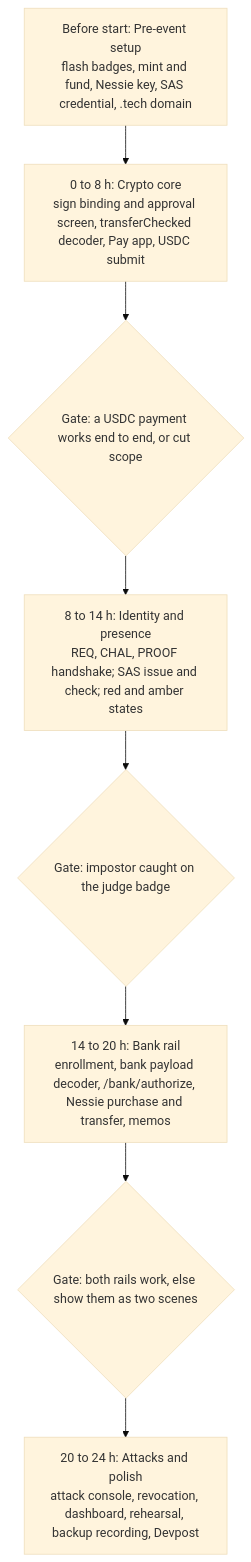
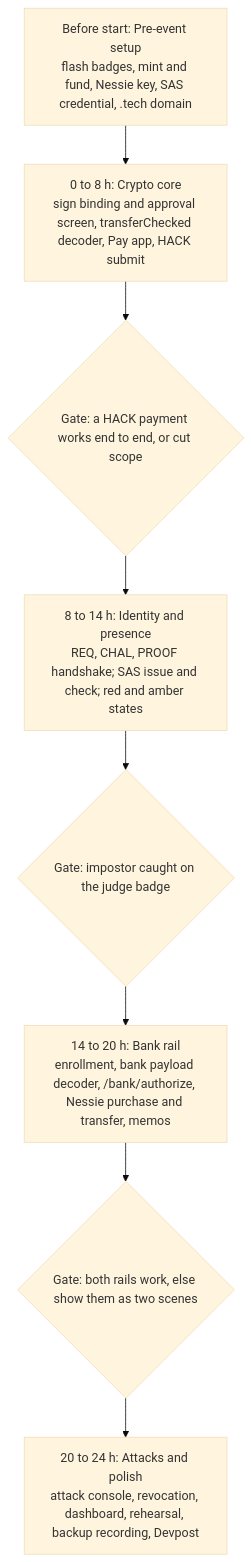
One commit to ayushmk7/MHacks2026 changed the third of 3 diagrams in Prd-verified-payment-key.md. Above: the diagram before and after it, drawn with Mermaid (base theme). The commit also changed other lines of this file and 9 other files, not shown here.

````diff
--- a/Prd-verified-payment-key.md
+++ b/Prd-verified-payment-key.md
@@ -405,12 +405,12 @@
 ```mermaid
 flowchart TD
   P0["Before start: Pre-event setup<br/>flash badges, mint and fund, Nessie key, SAS credential, .tech domain"]
-  P1["0 to 8 h: Crypto core<br/>sign binding and approval screen, transferChecked decoder, Pay app, USDC submit"]
-  G1{"Gate: a USDC payment works end to end, or cut scope"}
+  P1["0 to 8 h: Crypto core<br/>sign binding and approval screen, transferChecked decoder, Pay app, HACK submit"]
+  G1{"Gate: a HACK payment works end to end, or cut scope"}
   P2["8 to 14 h: Identity and presence<br/>REQ, CHAL, PROOF handshake; SAS issue and check; red and amber states"]
   G2{"Gate: impostor caught on the judge badge"}
   P3["14 to 20 h: Bank rail<br/>enrollment, bank payload decoder, /bank/authorize, Nessie purchase and transfer, memos"]
   G3{"Gate: both rails work, else show them as two scenes"}
   P4["20 to 24 h: Attacks and polish<br/>attack console, revocation, dashboard, rehearsal, backup recording, Devpost"]
   P0 --> P1 --> G1 --> P2 --> G2 --> P3 --> G3 --> P4
 ```
````
